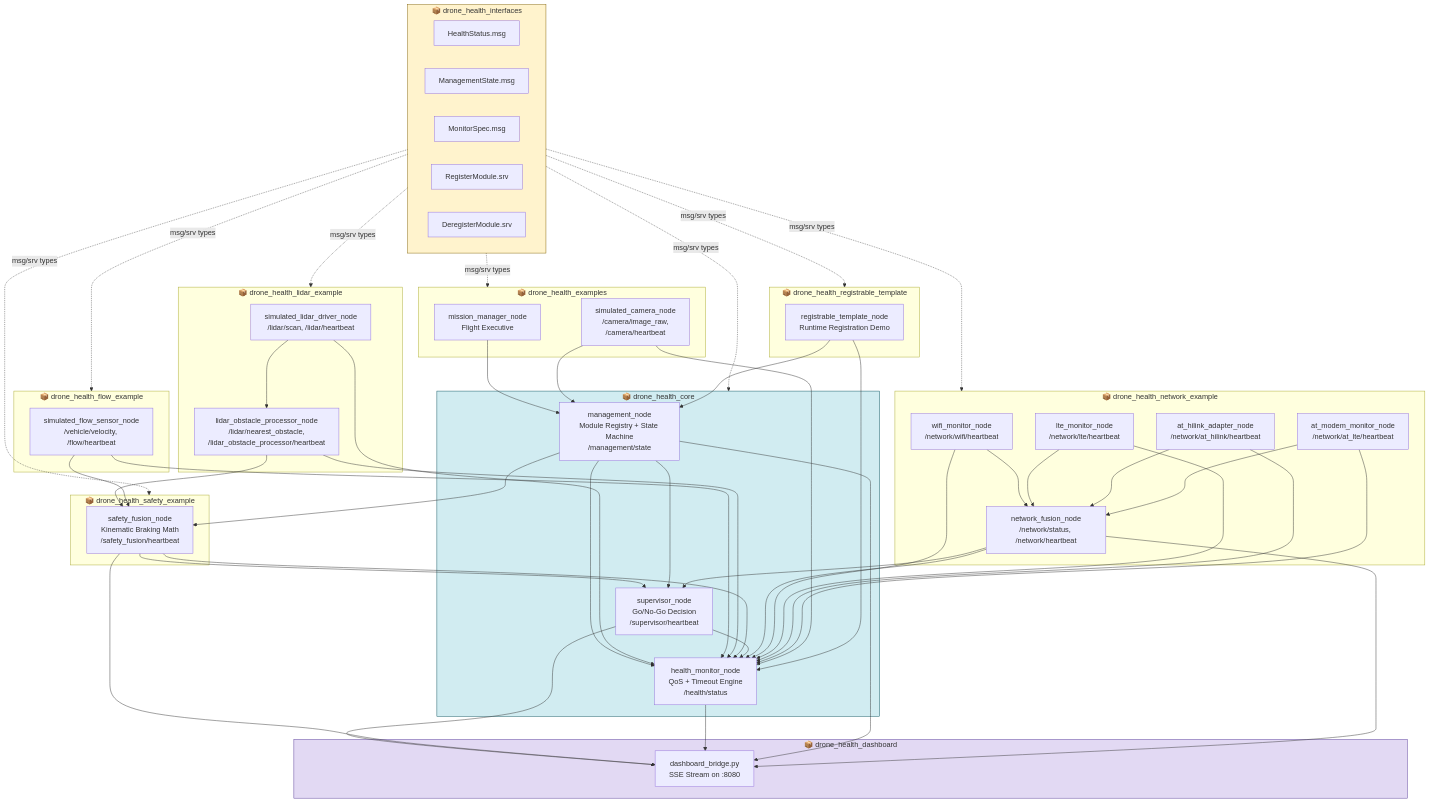
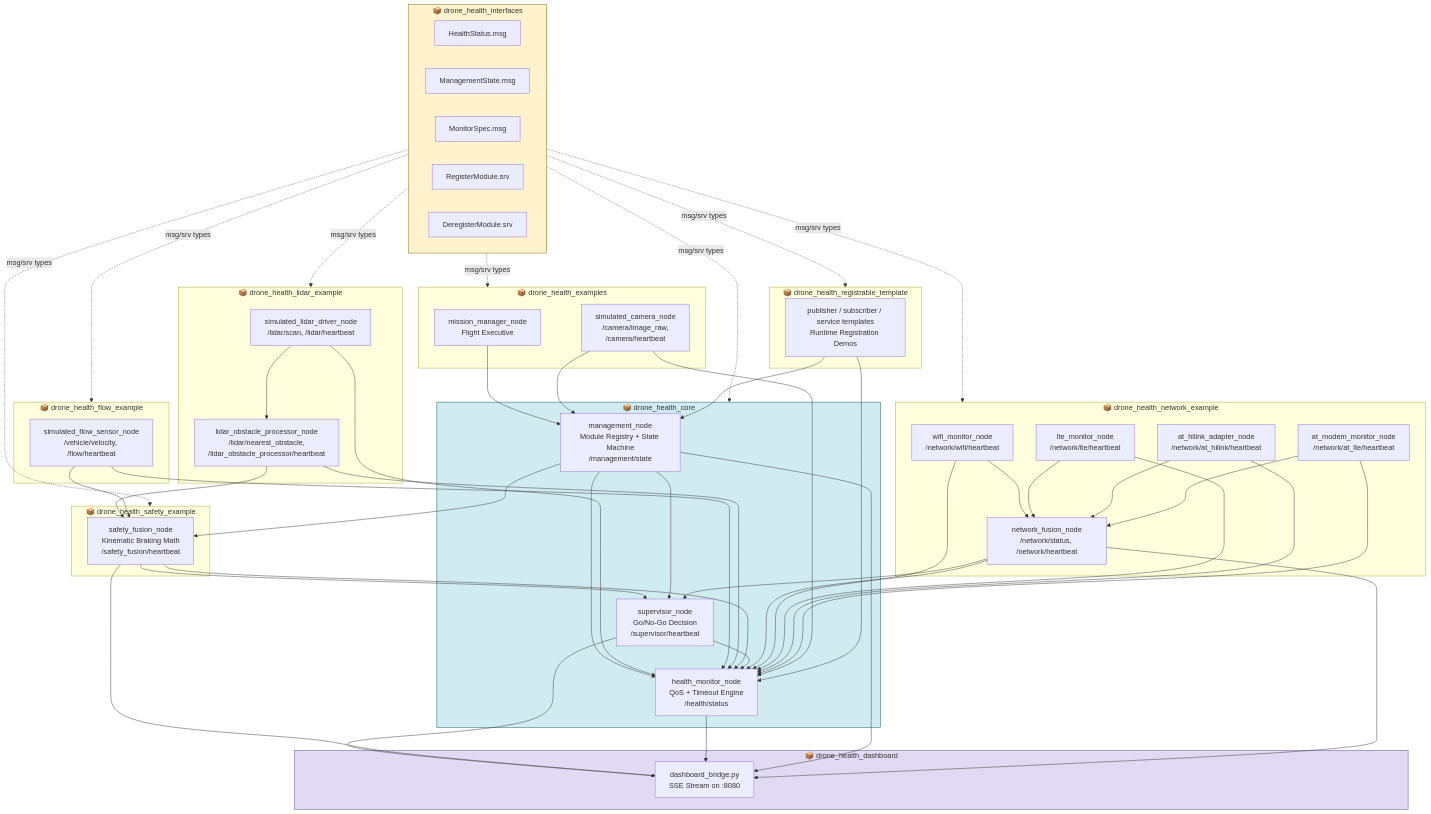
Before and after one commit to NILAMATHI1999/drone-health-modular-framework: the first of 2 diagrams in README.md, drawn with Mermaid. The commit also changed other lines of this file and 14 other files, not shown here.

Commit message:
Add registrable node templates and Zenoh fallback

```diff
--- a/README.md
+++ b/README.md
@@ -54,7 +54,7 @@
     end
 
     subgraph PKG_TEMPLATE ["📦 drone_health_registrable_template"]
-        TEMPLATE["registrable_template_node<br/>Runtime Registration Demo"]
+        TEMPLATE["publisher / subscriber / service templates<br/>Runtime Registration Demos"]
     end
 
     subgraph PKG_DASHBOARD ["📦 drone_health_dashboard"]
```
